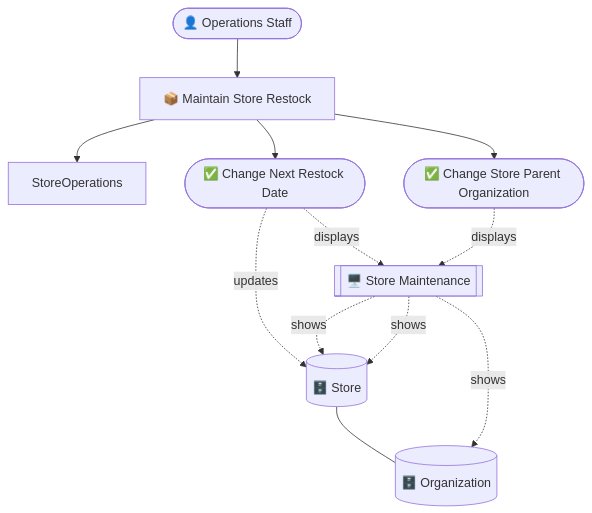
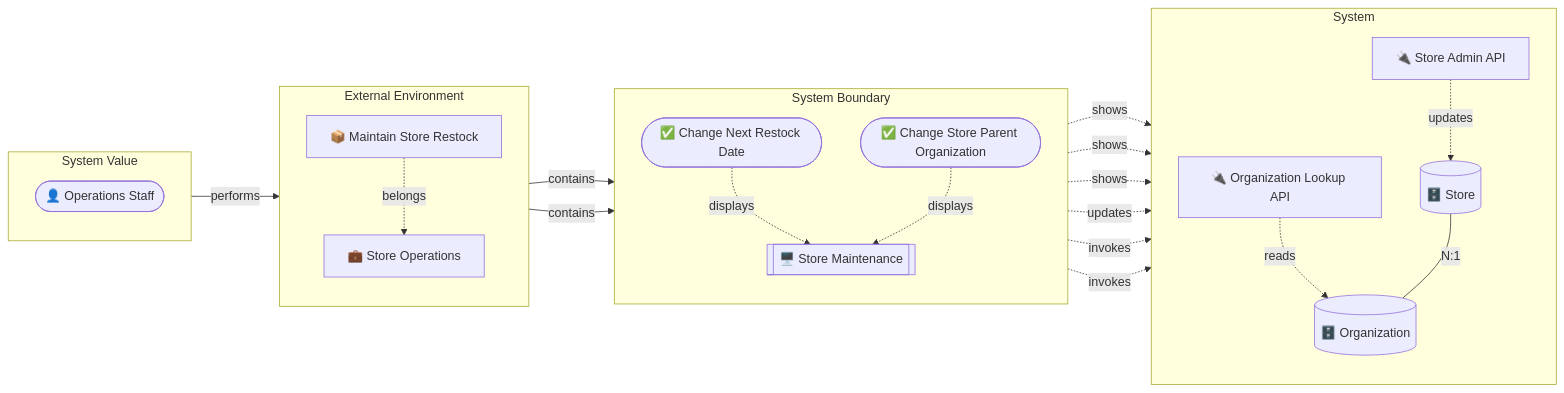
Before and after one commit to manji-0/rdra-ish-dsl: the first of 3 diagrams in samples/incremental-order/step-4-entity-structure/design.md, drawn with Mermaid. The commit also changed other lines of this file and 122 other files, not shown here.

Commit message:
feat: align diagram layers

````diff
--- a/samples/incremental-order/step-4-entity-structure/design.md
+++ b/samples/incremental-order/step-4-entity-structure/design.md
@@ -48,21 +48,40 @@
 ```mermaid
-graph TD
-  OpsStaff(["👤 Operations Staff"])
-  ChangeNextRestockDate(["✅ Change Next Restock Date"])
-  ChangeStoreParentOrganization(["✅ Change Store Parent Organization"])
-  BucStoreRestock["📦 Maintain Store Restock"]
-  Organization[("🗄️ Organization")]
-  Store[("🗄️ Store")]
-  StoreMaintenanceScreen[["🖥️ Store Maintenance"]]
-  OpsStaff --> BucStoreRestock
-  BucStoreRestock --> StoreOperations
-  BucStoreRestock --> ChangeNextRestockDate
-  BucStoreRestock --> ChangeStoreParentOrganization
-  Store --- Organization
+flowchart LR
+  subgraph layer_value[System Value]
+    direction TB
+    OpsStaff(["👤 Operations Staff"])
+  end
+  subgraph layer_environment[External Environment]
+    direction TB
+    StoreOperations["💼 Store Operations"]
+    BucStoreRestock["📦 Maintain Store Restock"]
+  end
+  subgraph layer_boundary[System Boundary]
+    direction TB
+    ChangeNextRestockDate(["✅ Change Next Restock Date"])
+    ChangeStoreParentOrganization(["✅ Change Store Parent Organization"])
+    StoreMaintenanceScreen[["🖥️ Store Maintenance"]]
+  end
+  subgraph layer_system[System]
+    direction TB
+    OrganizationLookupApi["🔌 Organization Lookup API"]
+    StoreAdminApi["🔌 Store Admin API"]
+    Organization[("🗄️ Organization")]
+    Store[("🗄️ Store")]
+  end
+  OpsStaff -->|performs| BucStoreRestock
+  StoreAdminApi -.->|updates| Store
+  OrganizationLookupApi -.->|reads| Organization
+  BucStoreRestock -.->|belongs| StoreOperations
+  BucStoreRestock -->|contains| ChangeNextRestockDate
+  BucStoreRestock -->|contains| ChangeStoreParentOrganization
+  Store ---|N:1| Organization
   StoreMaintenanceScreen -.->|shows| Store
   StoreMaintenanceScreen -.->|shows| Store
   StoreMaintenanceScreen -.->|shows| Organization
+  ChangeNextRestockDate -.->|displays| StoreMaintenanceScreen
   ChangeNextRestockDate -.->|updates| Store
-  ChangeNextRestockDate -.->|displays| StoreMaintenanceScreen
   ChangeStoreParentOrganization -.->|displays| StoreMaintenanceScreen
+  ChangeStoreParentOrganization -.->|invokes| StoreAdminApi
+  ChangeStoreParentOrganization -.->|invokes| OrganizationLookupApi
 ```
````
